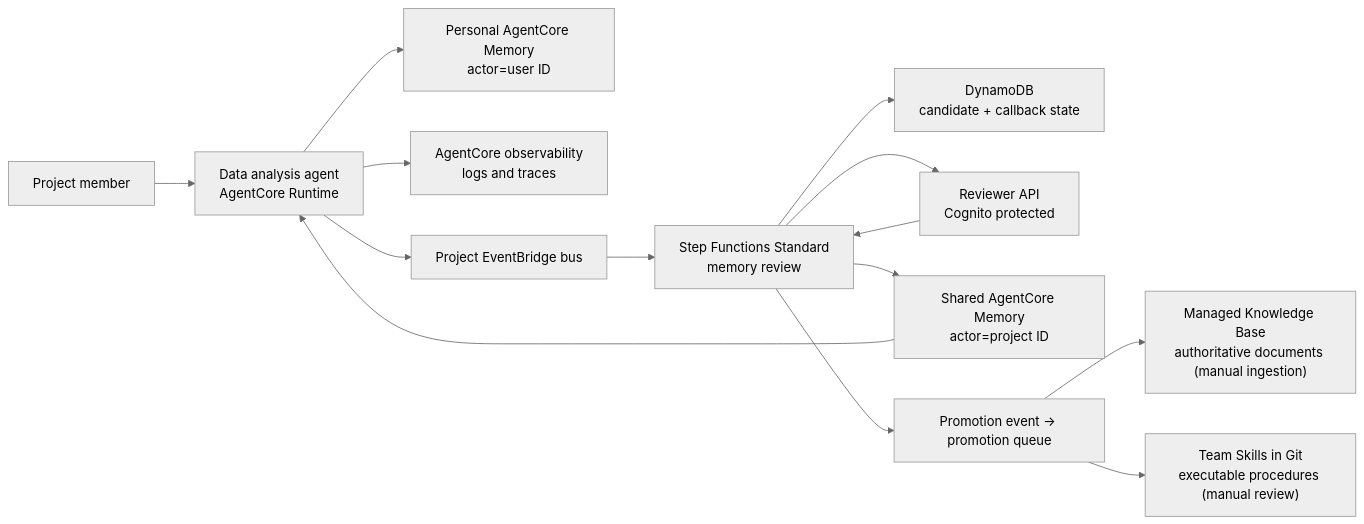
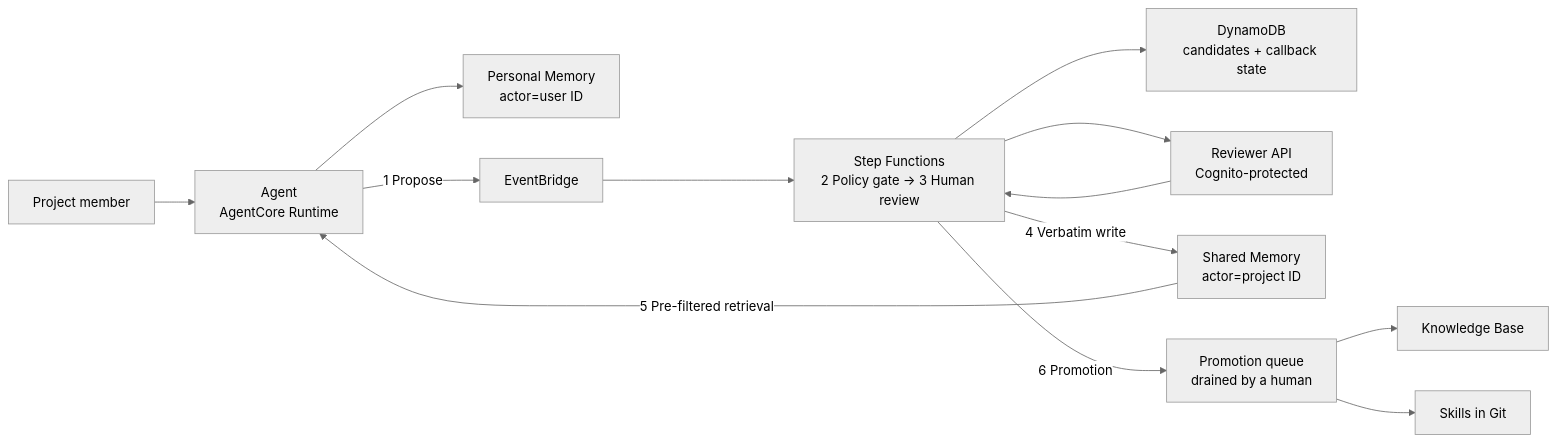
One commit to ericyanpek/agentcore-memory-blueprint changed the diagram in README.en.md. Above: the diagram before and after it, drawn with Mermaid (neutral theme). The commit also changed other lines of this file and 1 other file, not shown here.

````diff
--- a/README.en.md
+++ b/README.en.md
@@ -245,16 +25,15 @@
 ```mermaid
 flowchart LR
-    U["Project member"] --> A["Data analysis agent<br/>AgentCore Runtime"]
-    A --> PM["Personal AgentCore Memory<br/>actor=user ID"]
-    A --> O["AgentCore observability<br/>logs and traces"]
-    A --> EB["Project EventBridge bus"]
-    EB --> SF["Step Functions Standard<br/>memory review"]
-    SF --> DDB["DynamoDB<br/>candidate + callback state"]
-    SF --> R["Reviewer API<br/>Cognito protected"]
+    U["Project member"] --> A["Agent<br/>AgentCore Runtime"]
+    A --> PM["Personal Memory<br/>actor=user ID"]
+    A -->|"1 Propose"| EB["EventBridge"]
+    EB --> SF["Step Functions<br/>2 Policy gate → 3 Human review"]
+    SF --> DDB["DynamoDB<br/>candidates + callback state"]
+    SF --> R["Reviewer API<br/>Cognito-protected"]
     R --> SF
-    SF --> SM["Shared AgentCore Memory<br/>actor=project ID"]
-    SM --> A
-    SF --> P["Promotion event → promotion queue"]
-    P --> KB["Managed Knowledge Base<br/>authoritative documents (manual ingestion)"]
-    P --> SK["Team Skills in Git<br/>executable procedures (manual review)"]
+    SF -->|"4 Verbatim write"| SM["Shared Memory<br/>actor=project ID"]
+    SM -->|"5 Pre-filtered retrieval"| A
+    SF -->|"6 Promotion"| P["Promotion queue<br/>drained by a human"]
+    P --> KB["Knowledge Base"]
+    P --> SK["Skills in Git"]
 ```
````
